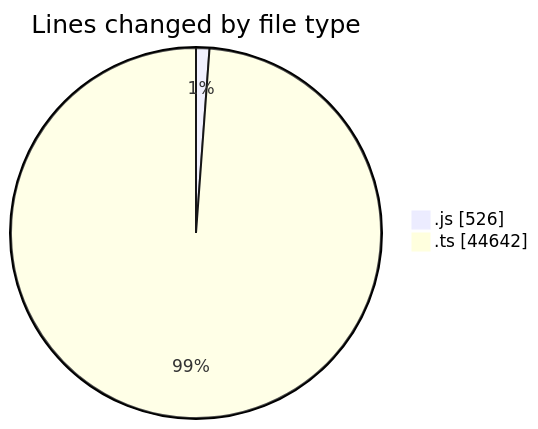
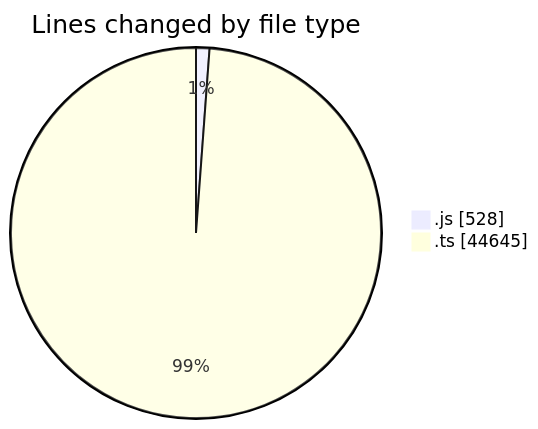
One commit to momahboobian/code-tracking changed the first of 2 diagrams in 2025-06-19/cda/README.md. Above: the diagram before and after it, drawn with Mermaid. The commit also changed other lines of this file and 1 other file, not shown here.

````diff
--- a/2025-06-19/cda/README.md
+++ b/2025-06-19/cda/README.md
@@ -30,6 +30,6 @@
 ```mermaid
 pie showData
 title Lines changed by file type
-".js" : 526
-".ts" : 44642
+".js" : 528
+".ts" : 44645
 ```
````
